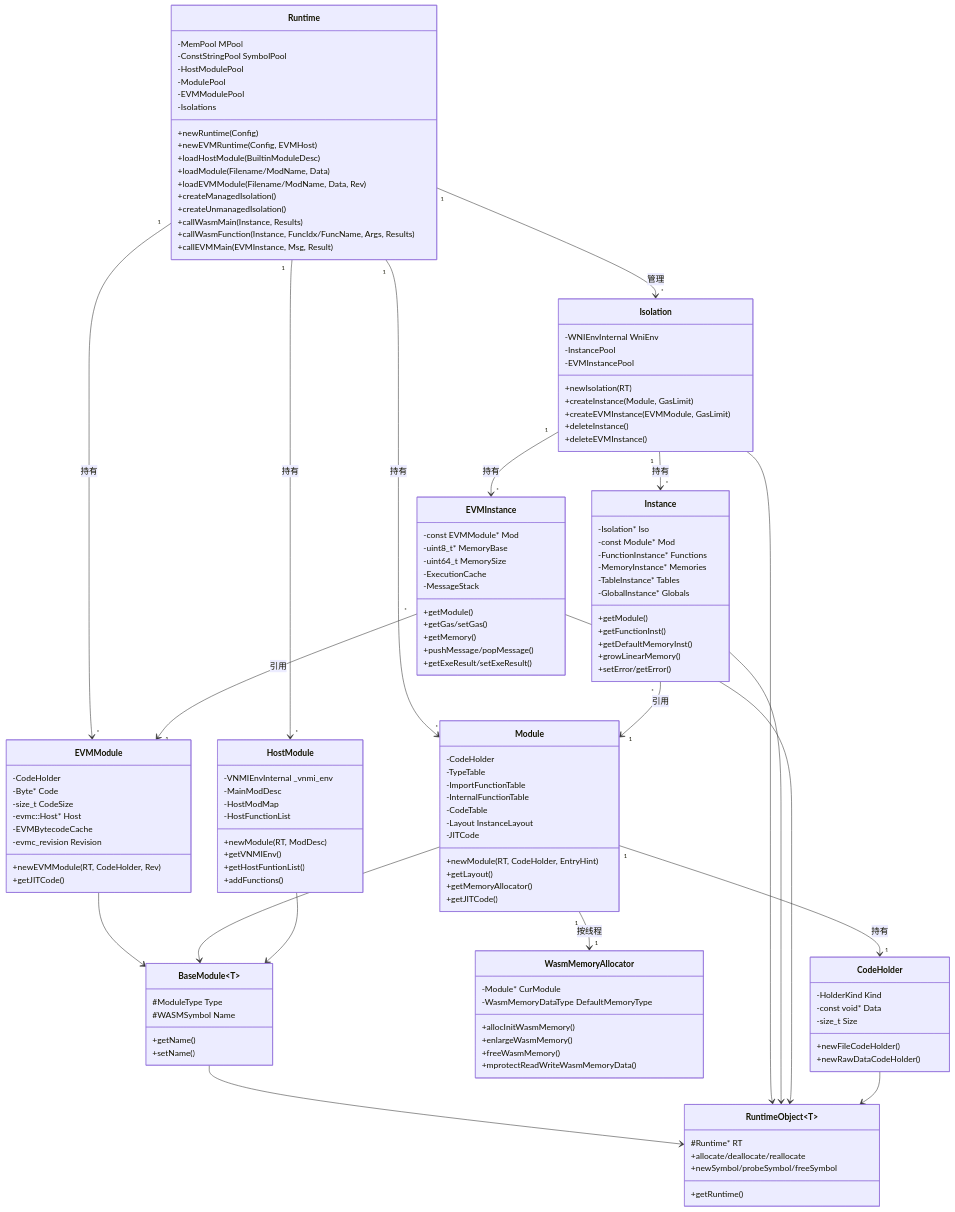
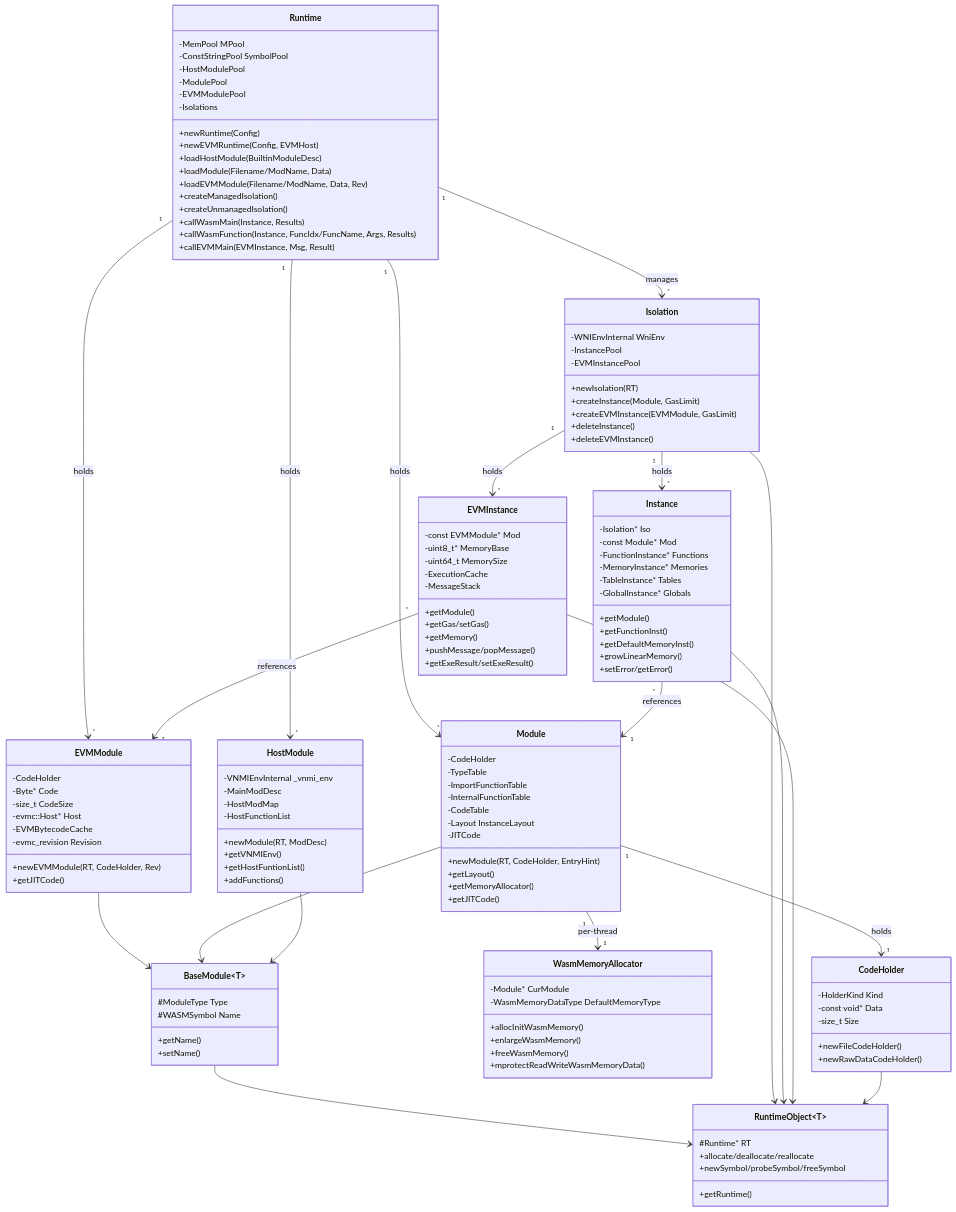
Before and after one commit to DTVMStack/DTVM: the diagram in specs/modules/runtime/data-model.md, drawn with Mermaid. The commit also changed other lines of this file and 7 other files, not shown here.

```diff
--- a/specs/modules/runtime/data-model.md
+++ b/specs/modules/runtime/data-model.md
@@ -130,19 +130,19 @@
         +newRawDataCodeHolder()
     }
 
-    Runtime "1" --> "*" Isolation : 管理
-    Runtime "1" --> "*" HostModule : 持有
-    Runtime "1" --> "*" Module : 持有
-    Runtime "1" --> "*" EVMModule : 持有
+    Runtime "1" --> "*" Isolation : manages
+    Runtime "1" --> "*" HostModule : holds
+    Runtime "1" --> "*" Module : holds
+    Runtime "1" --> "*" EVMModule : holds
 
-    Isolation "1" --> "*" Instance : 持有
-    Isolation "1" --> "*" EVMInstance : 持有
+    Isolation "1" --> "*" Instance : holds
+    Isolation "1" --> "*" EVMInstance : holds
 
-    Instance "*" --> "1" Module : 引用
-    EVMInstance "*" --> "1" EVMModule : 引用
+    Instance "*" --> "1" Module : references
+    EVMInstance "*" --> "1" EVMModule : references
 
-    Module "1" --> "1" WasmMemoryAllocator : 按线程
-    Module "1" --> "1" CodeHolder : 持有
+    Module "1" --> "1" WasmMemoryAllocator : per-thread
+    Module "1" --> "1" CodeHolder : holds
 
     EVMModule --> BaseModule
     Module --> BaseModule
```
